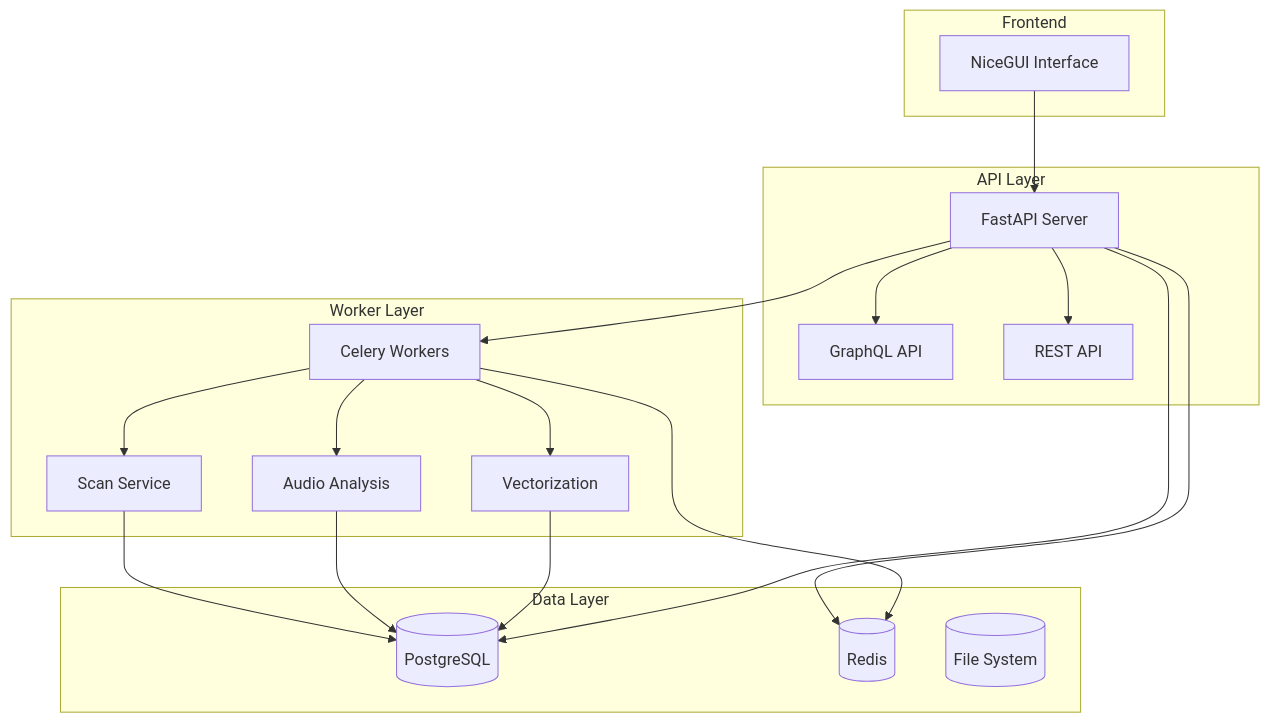
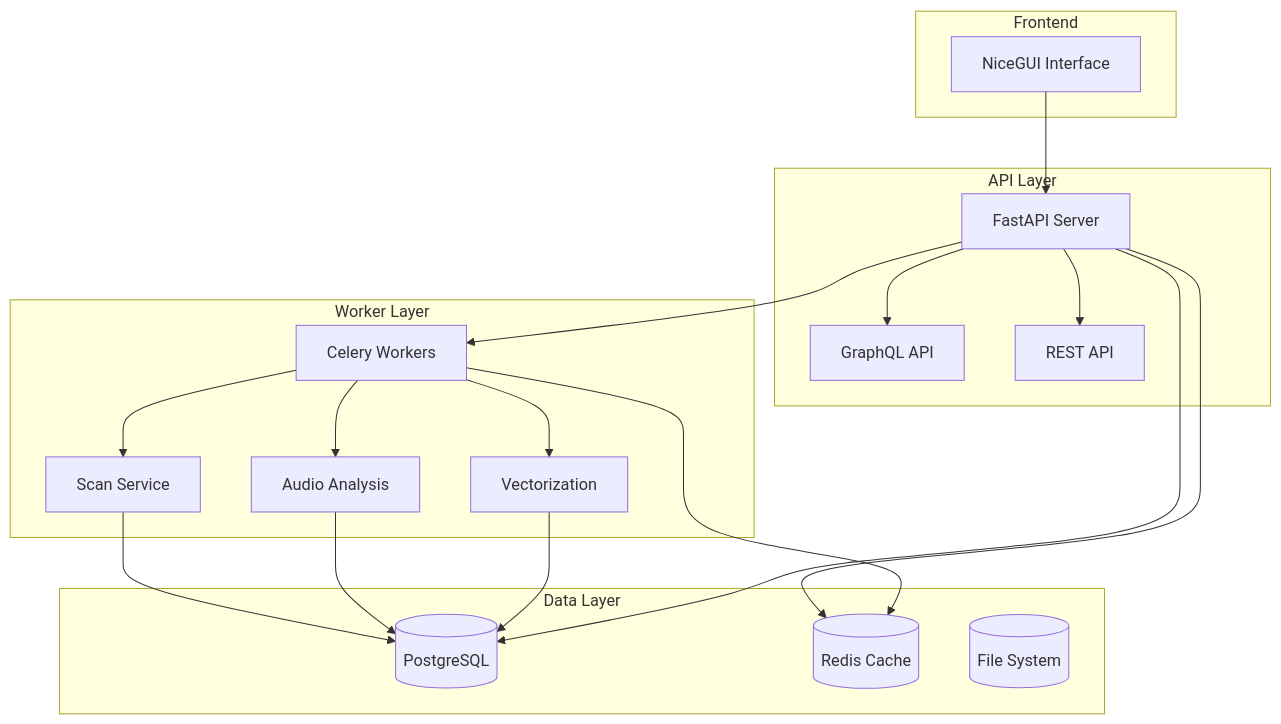
Before and after one commit to dorel14/SoniqueBay: the first of 5 diagrams in docs/architecture/architecture.md, drawn with Mermaid. The commit also changed other lines of this file and 861 other files, not shown here.

````diff
--- a/docs/architecture/architecture.md
+++ b/docs/architecture/architecture.md
@@ -11,39 +11,39 @@
 ```mermaid
 graph TB
     subgraph "Frontend"
         UI[NiceGUI Interface]
     end
 
     subgraph "API Layer"
         FA[FastAPI Server]
         GQL[GraphQL API]
         REST[REST API]
     end
 
     subgraph "Worker Layer"
         CEL[Celery Workers]
         SCAN[Scan Service]
         AUDIO[Audio Analysis]
         VECT[Vectorization]
     end
 
     subgraph "Data Layer"
         PG[(PostgreSQL)]
-        REDIS[(Redis)]
+        REDIS[(Redis Cache)]
         FS[(File System)]
     end
 
     UI --> FA
     FA --> GQL
     FA --> REST
     FA --> CEL
     CEL --> SCAN
     CEL --> AUDIO
     CEL --> VECT
     SCAN --> PG
     AUDIO --> PG
     VECT --> PG
     FA --> PG
     FA --> REDIS
     CEL --> REDIS
 ```
````
